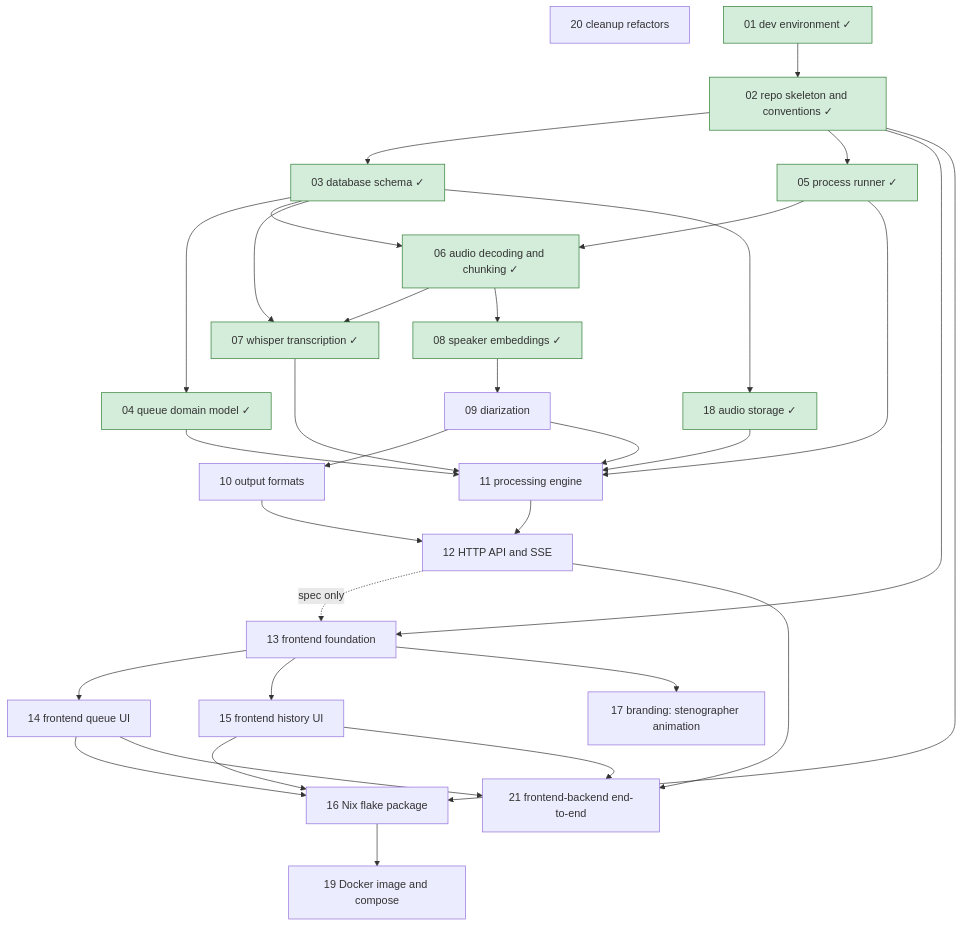
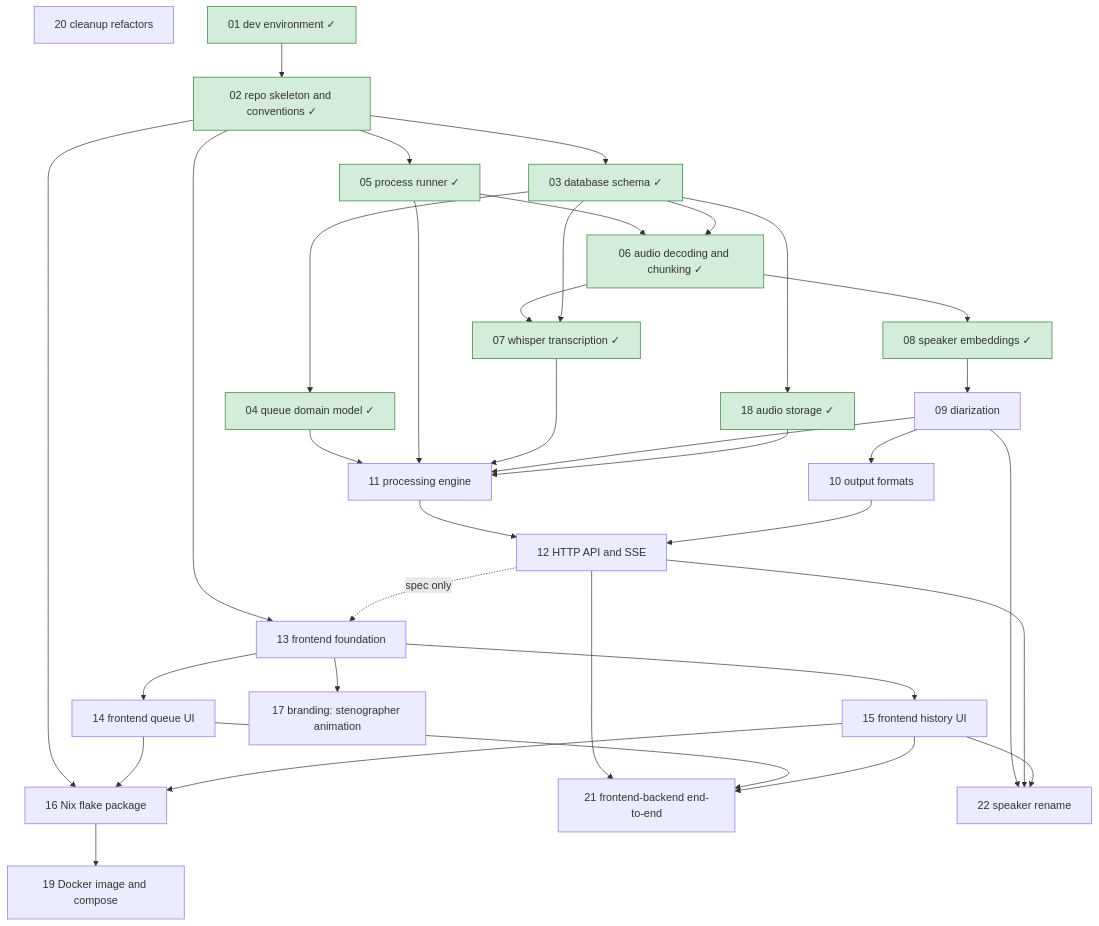
One commit to lulu-berlin/speech-to-text-app changed the diagram in roadmap/README.md. Above: the diagram before and after it, drawn with Mermaid. The commit also changed other lines of this file and 1 other file, not shown here.

Commit message:
Add roadmap item 22 (speaker rename) as draft

````diff
--- a/roadmap/README.md
+++ b/roadmap/README.md
@@ -17,36 +17,39 @@
 ```mermaid
 graph TD
   01[01 dev environment ✓]:::done --> 02[02 repo skeleton and conventions ✓]:::done
   02 --> 03[03 database schema ✓]:::done
   03 --> 04[04 queue domain model ✓]:::done
   02 --> 05[05 process runner ✓]:::done
   05 --> 06[06 audio decoding and chunking ✓]:::done
   03 --> 06
   06 --> 07[07 whisper transcription ✓]:::done
   03 --> 07
   06 --> 08[08 speaker embeddings ✓]:::done
   08 --> 09[09 diarization]
   09 --> 10[10 output formats]
   04 --> 11[11 processing engine]
   05 --> 11
   07 --> 11
   09 --> 11
   03 --> 18[18 audio storage ✓]:::done
   18 --> 11
   11 --> 12[12 HTTP API and SSE]
   10 --> 12
   02 --> 13[13 frontend foundation]
   12 -. spec only .-> 13
   13 --> 14[14 frontend queue UI]
   13 --> 15[15 frontend history UI]
   02 --> 16[16 Nix flake package]
   14 --> 16
   15 --> 16
   13 --> 17[17 branding: stenographer animation]
   16 --> 19[19 Docker image and compose]
   20[20 cleanup refactors]
   12 --> 21[21 frontend-backend end-to-end]
   14 --> 21
   15 --> 21
+  09 --> 22[22 speaker rename]
+  12 --> 22
+  15 --> 22
   classDef done fill:#d4edda,stroke:#2e7d32
 ```
````
